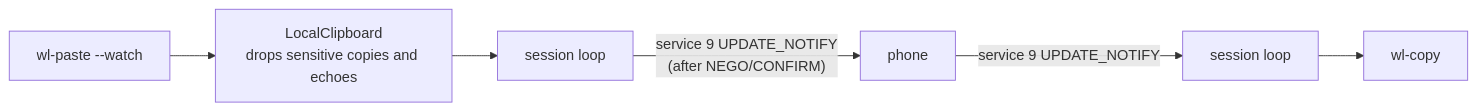
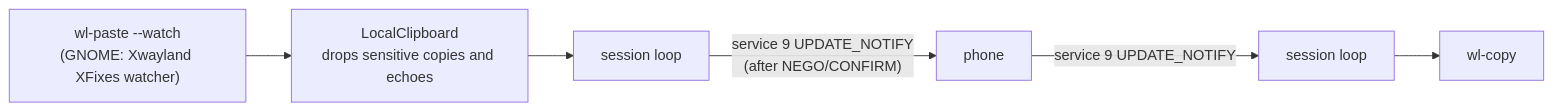
The seventh of 11 diagrams in docs/architecture.md (vemru/linuxsmartconnect), drawn with Mermaid before and after one commit. The commit also changed other lines of this file and 89 other files, not shown here.

````diff
--- a/docs/architecture.md
+++ b/docs/architecture.md
@@ -301,8 +301,8 @@
 ```mermaid
 flowchart LR
-  WP["wl-paste --watch"] --> LC["LocalClipboard<br/>drops sensitive copies and echoes"]
+  WP["wl-paste --watch<br/>(GNOME: Xwayland XFixes watcher)"] --> LC["LocalClipboard<br/>drops sensitive copies and echoes"]
   LC --> SL["session loop"]
   SL -->|"service 9 UPDATE_NOTIFY<br/>(after NEGO/CONFIRM)"| PH["phone"]
   PH -->|"service 9 UPDATE_NOTIFY"| SL2["session loop"]
   SL2 --> WC["wl-copy"]
 ```
````
